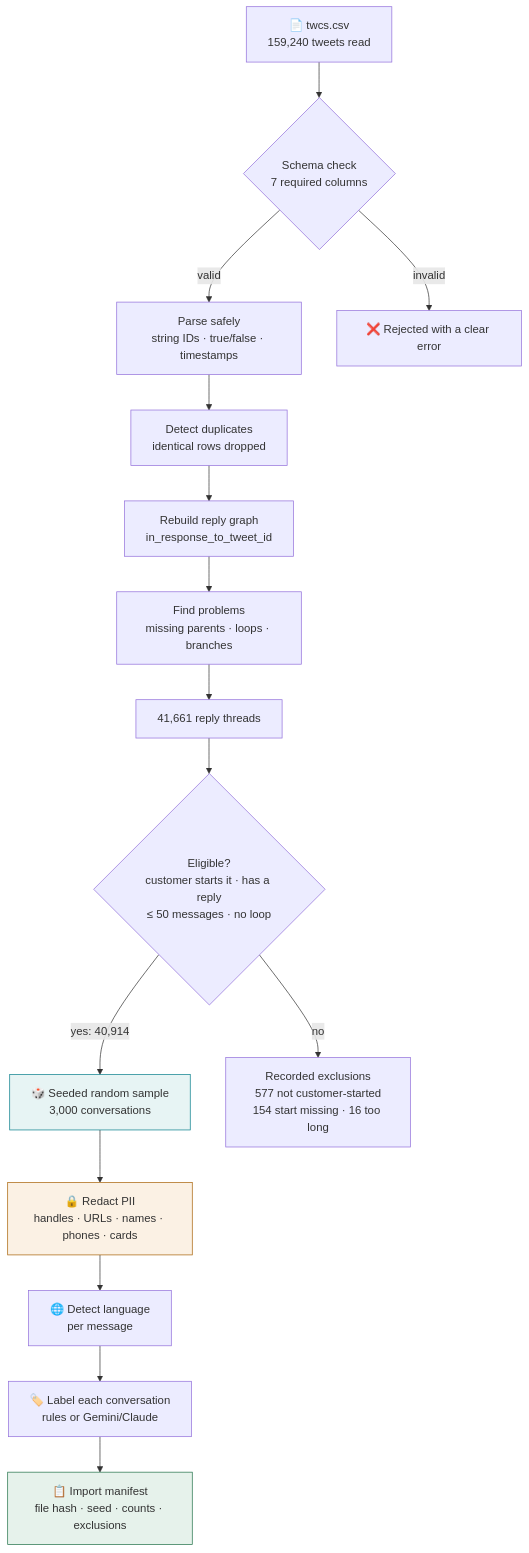
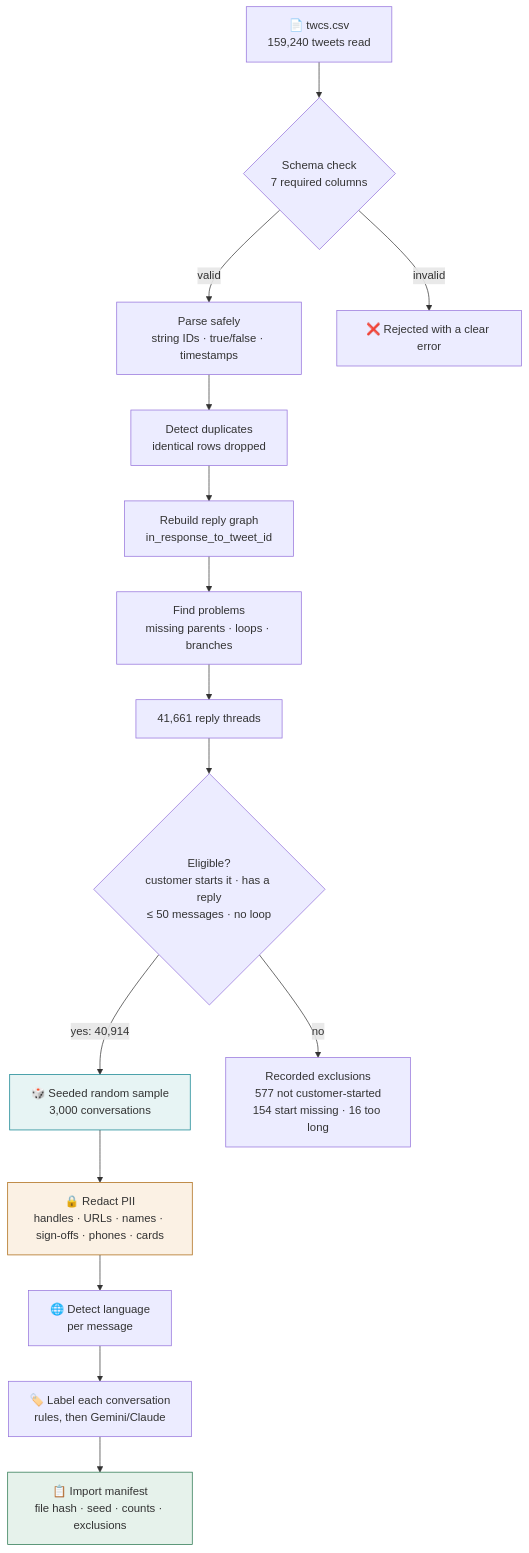
The second of 10 diagrams in convolens/README.md (florina787/Data-sets), drawn with Mermaid before and after one commit. The commit also changed other lines of this file, not shown here.

First line of the commit message:
Rewrite README: assignment checklist, Gemini AI layer, live Flo, semantic search, human review, updated status

````diff
--- a/convolens/README.md
+++ b/convolens/README.md
@@ -195,20 +224,20 @@
 ```mermaid
 flowchart TD
   A["📄 twcs.csv<br/>159,240 tweets read"] --> B{"Schema check<br/>7 required columns"}
   B -->|valid| C["Parse safely<br/>string IDs · true/false · timestamps"]
   B -->|invalid| X1["❌ Rejected with a clear error"]
   C --> D["Detect duplicates<br/>identical rows dropped"]
   D --> E["Rebuild reply graph<br/>in_response_to_tweet_id"]
   E --> F["Find problems<br/>missing parents · loops · branches"]
   F --> G["41,661 reply threads"]
   G --> H{"Eligible?<br/>customer starts it · has a reply<br/>≤ 50 messages · no loop"}
   H -->|"yes: 40,914"| I["🎲 Seeded random sample<br/>3,000 conversations"]
   H -->|no| X2["Recorded exclusions<br/>577 not customer-started<br/>154 start missing · 16 too long"]
-  I --> J["🔒 Redact PII<br/>handles · URLs · names · phones · cards"]
+  I --> J["🔒 Redact PII<br/>handles · URLs · names · sign-offs · phones · cards"]
   J --> K["🌐 Detect language<br/>per message"]
-  K --> L["🏷️ Label each conversation<br/>rules or Gemini/Claude"]
+  K --> L["🏷️ Label each conversation<br/>rules, then Gemini/Claude"]
   L --> M["📋 Import manifest<br/>file hash · seed · counts · exclusions"]
   style I fill:#E7F4F4,stroke:#087F8C
   style J fill:#FBF1E4,stroke:#A96308
   style M fill:#E6F2EB,stroke:#24734B
 ```
````
